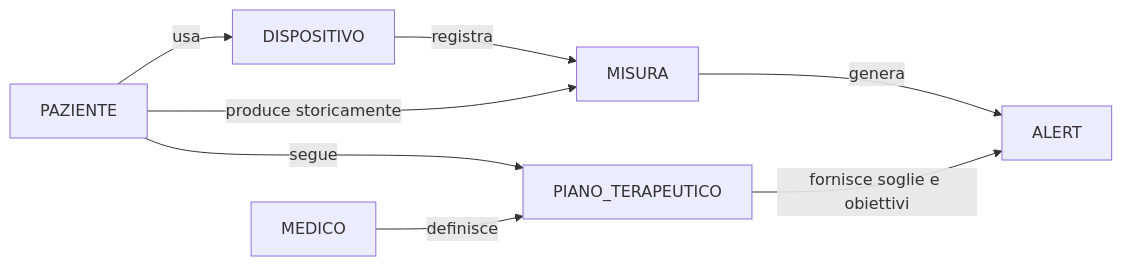
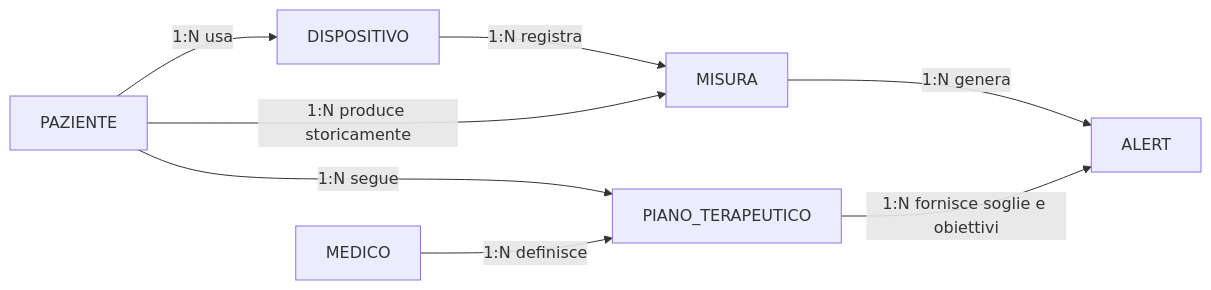
One commit to lucadagati/Lab_Fondamenti_di_Informatica_25_26 changed the third of 4 diagrams in 08-progettazione-er/esercizi/03-esercizio-telemedicina.md. Above: the diagram before and after it, drawn with Mermaid. The commit also changed other lines of this file and 60 other files, not shown here.

Commit message:
Add Chen ER step-by-step draw.io diagrams and fix layout

````diff
--- a/08-progettazione-er/esercizi/03-esercizio-telemedicina.md
+++ b/08-progettazione-er/esercizi/03-esercizio-telemedicina.md
@@ -70,10 +70,10 @@
 ```mermaid
 flowchart LR
-    P[PAZIENTE] -->|segue| PT[PIANO_TERAPEUTICO]
-    M[MEDICO] -->|definisce| PT
-    P -->|usa| D[DISPOSITIVO]
-    D -->|registra| MS[MISURA]
-    P -->|produce storicamente| MS
-    MS -->|genera| A[ALERT]
-    PT -->|fornisce soglie e obiettivi| A
+    P[PAZIENTE] -->|1:N segue| PT[PIANO_TERAPEUTICO]
+    M[MEDICO] -->|1:N definisce| PT
+    P -->|1:N usa| D[DISPOSITIVO]
+    D -->|1:N registra| MS[MISURA]
+    P -->|1:N produce storicamente| MS
+    MS -->|1:N genera| A[ALERT]
+    PT -->|1:N fornisce soglie e obiettivi| A
 ```
````
